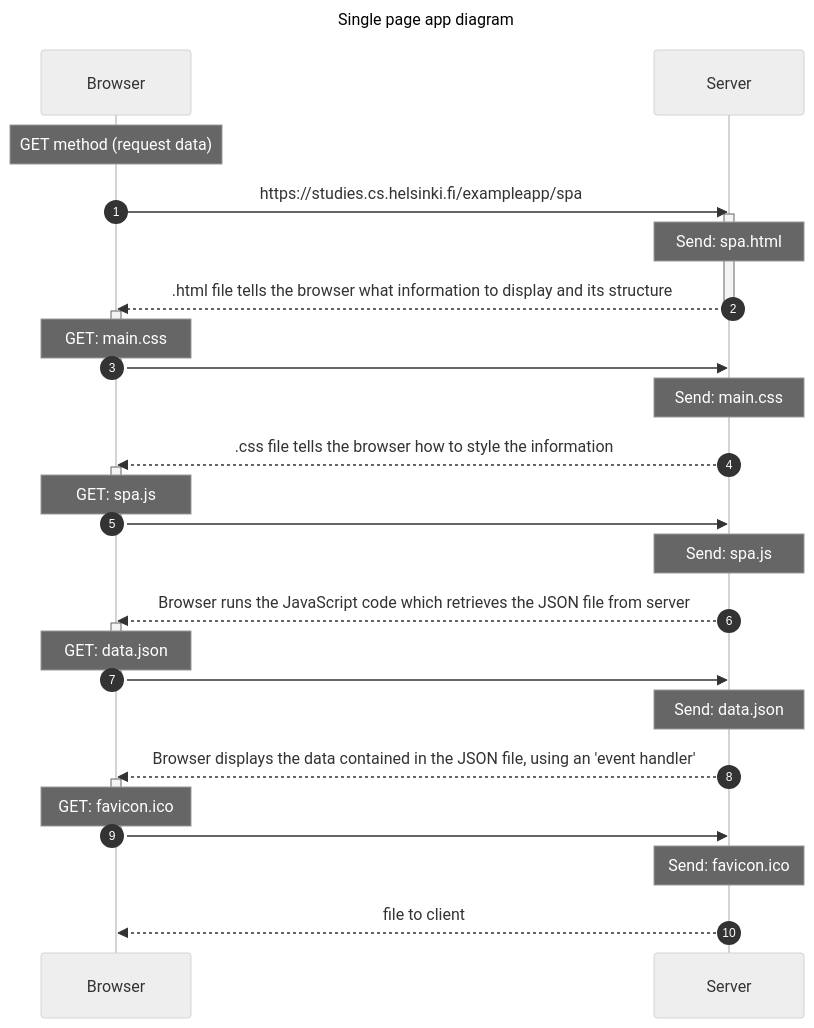
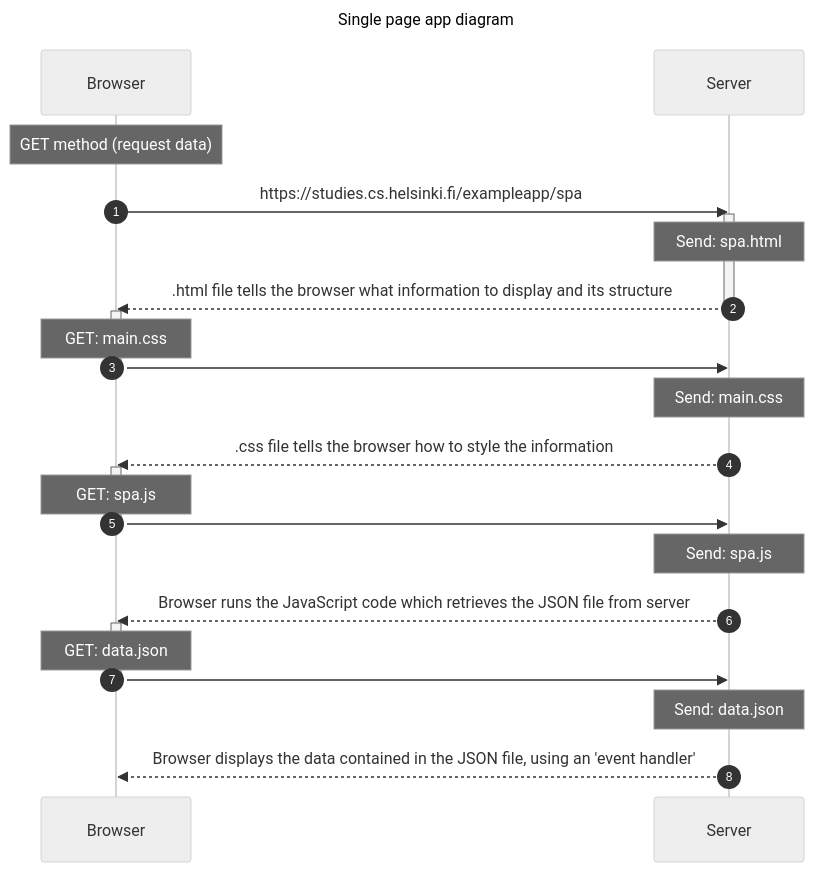
The diagram in part0/single-page-app-diagram.mmd (Bitlaw/fullstackopen-submissions-repository), drawn with Mermaid (neutral theme) before and after one commit.

```diff
--- a/part0/single-page-app-diagram.mmd
+++ b/part0/single-page-app-diagram.mmd
@@ -1,44 +1,37 @@
 ---
 title: Single page app diagram 
 ---
 
 
 sequenceDiagram
 
     autonumber
 
     Note over Browser:  GET method (request data)
     Browser->>Server: https://studies.cs.helsinki.fi/exampleapp/spa
 
     activate Server
     Note over Server: Send: spa.html
     Server-->>Browser: .html file tells the browser what information to display and its structure
     deactivate Server
 
     activate Browser 
     Note over Browser: GET: main.css 
     Browser->>Server: 
     deactivate Browser 
     Note over Server: Send: main.css 
     Server-->>Browser: .css file tells the browser how to style the information
 
     activate Browser 
     Note over Browser: GET: spa.js 
     Browser->>Server: 
     deactivate Browser 
     Note over Server: Send: spa.js 
     Server-->>Browser: Browser runs the JavaScript code which retrieves the JSON file from server
 
     activate Browser 
     Note over Browser: GET: data.json 
     Browser->>Server: 
     deactivate Browser 
     Note over Server: Send: data.json
     Server-->>Browser: Browser displays the data contained in the JSON file, using an 'event handler'
-
-    activate Browser 
-    Note over Browser: GET: favicon.ico
-    Browser->>Server: 
-    deactivate Browser 
-    Note over Server: Send: favicon.ico
-    Server-->>Browser: file to client
```
